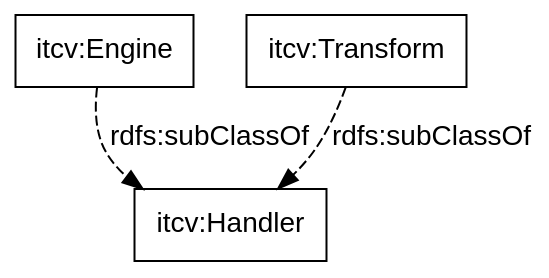
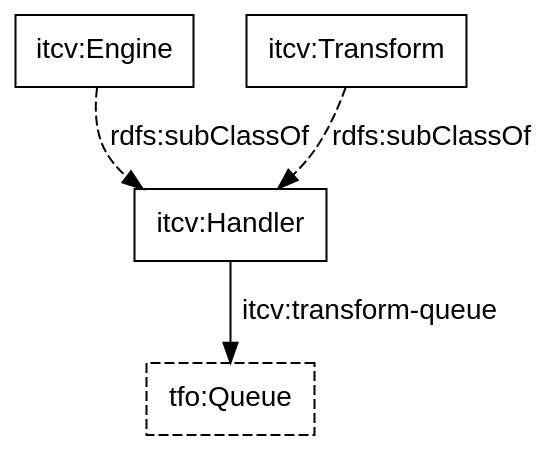
One commit to doriantaylor/owl-intertwingler-vocab changed the diagram in intertwingler-classes.dot. Above: the diagram before and after it, drawn with Graphviz. The commit also changed 3 other files, not shown here.

```diff
--- a/intertwingler-classes.dot
+++ b/intertwingler-classes.dot
@@ -1,23 +1,32 @@
 digraph {
     graph [bgcolor=transparent];
     node [shape=box,color="#000000",fontcolor="#000000",fontname="Lucida Grande, Lucida Sans Unicode, sans-serif"];
     edge [color="#000000",fontcolor="#000000",fontname="Lucida Grande, Lucida Sans Unicode, sans-serif"];
 
 
     // third-party stuff
 
     subgraph {
         node [style=dashed];
+        tfo_Queue [label="tfo:Queue", target="_parent", href="https://vocab.methodandstructure.com/transformation#Queue"];
     }
+
+    // our classes
 
     itcv_Handler [label="itcv:Handler", target="_parent", href="https://vocab.methodandstructure.com/intertwingler#Handler"];
     itcv_Engine [label="itcv:Engine", target="_parent", href="https://vocab.methodandstructure.com/intertwingler#Engine"];
     itcv_Transform [label="itcv:Transform", target="_parent", href="https://vocab.methodandstructure.com/intertwingler#Transform"];
+
+    // subclass relations
 
     subgraph {
         edge [style=dashed, label="rdfs:subClassOf"];
 
         itcv_Engine    -> itcv_Handler;
         itcv_Transform -> itcv_Handler;
     }
+
+    // main relations
+
+    itcv_Handler -> tfo_Queue [label="itcv:transform-queue"];
 }
```
